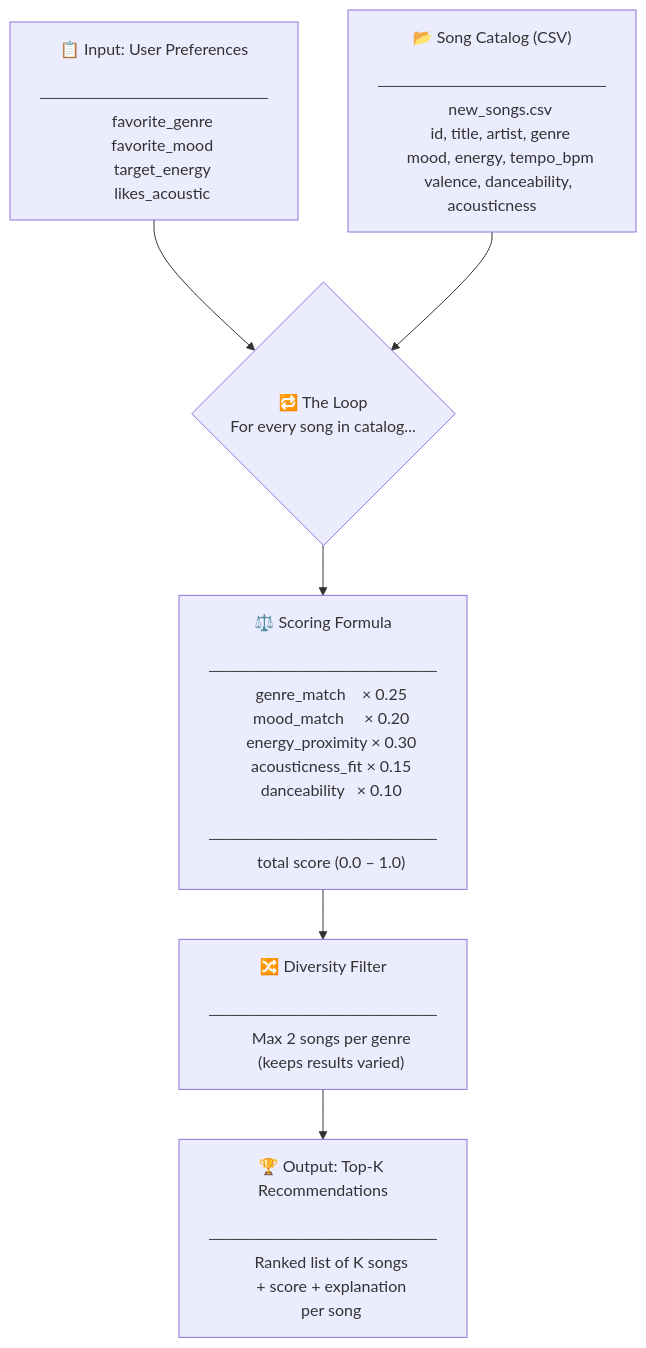
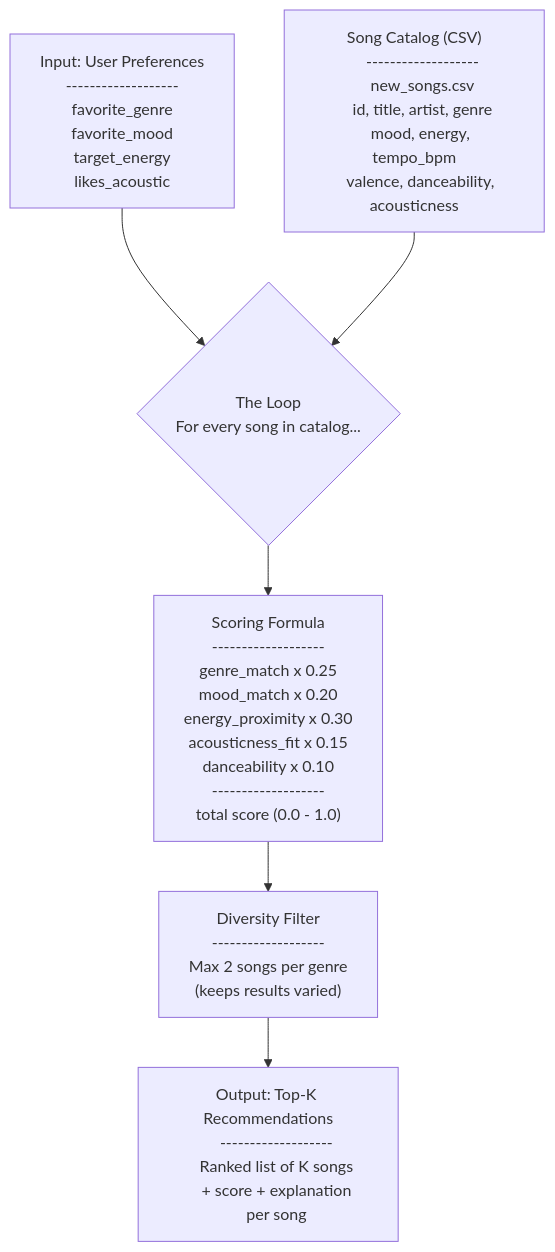
Before and after one commit to sbhattap/applied-ai-music-recommender-system: the first of 2 diagrams in data_flow.md, drawn with Mermaid. The commit also changed other lines of this file and 6 other files, not shown here.

Commit message:
Update recommender app and agent flow

````diff
--- a/data_flow.md
+++ b/data_flow.md
@@ -3,46 +3,46 @@
 ```mermaid
 flowchart TD
-    A["📋 Input: User Preferences
-    ───────────────────
+    A["Input: User Preferences
+    -------------------
     favorite_genre
     favorite_mood
     target_energy
     likes_acoustic"]
 
-    B["📂 Song Catalog (CSV)
-    ───────────────────
+    B["Song Catalog (CSV)
+    -------------------
     new_songs.csv
     id, title, artist, genre
     mood, energy, tempo_bpm
     valence, danceability, acousticness"]
 
-    C{"🔁 The Loop
+    C{"The Loop
     For every song in catalog..."}
 
-    D["⚖️ Scoring Formula
-    ───────────────────
-    genre_match    × 0.25
-    mood_match     × 0.20
-    energy_proximity × 0.30
-    acousticness_fit × 0.15
-    danceability   × 0.10
-    ───────────────────
-    total score (0.0 – 1.0)"]
+    D["Scoring Formula
+    -------------------
+    genre_match    x 0.25
+    mood_match     x 0.20
+    energy_proximity x 0.30
+    acousticness_fit x 0.15
+    danceability   x 0.10
+    -------------------
+    total score (0.0 - 1.0)"]
 
-    E["🔀 Diversity Filter
-    ───────────────────
+    E["Diversity Filter
+    -------------------
     Max 2 songs per genre
     (keeps results varied)"]
 
-    F["🏆 Output: Top-K Recommendations
-    ───────────────────
+    F["Output: Top-K Recommendations
+    -------------------
     Ranked list of K songs
     + score + explanation
     per song"]
 
     A --> C
     B --> C
     C --> D
     D --> E
     E --> F
 ```
````
